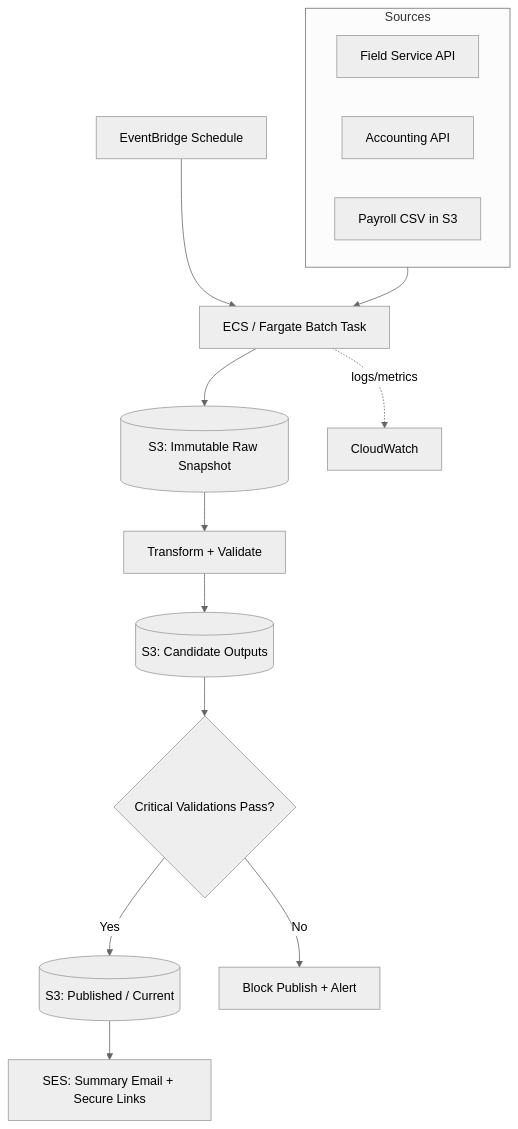
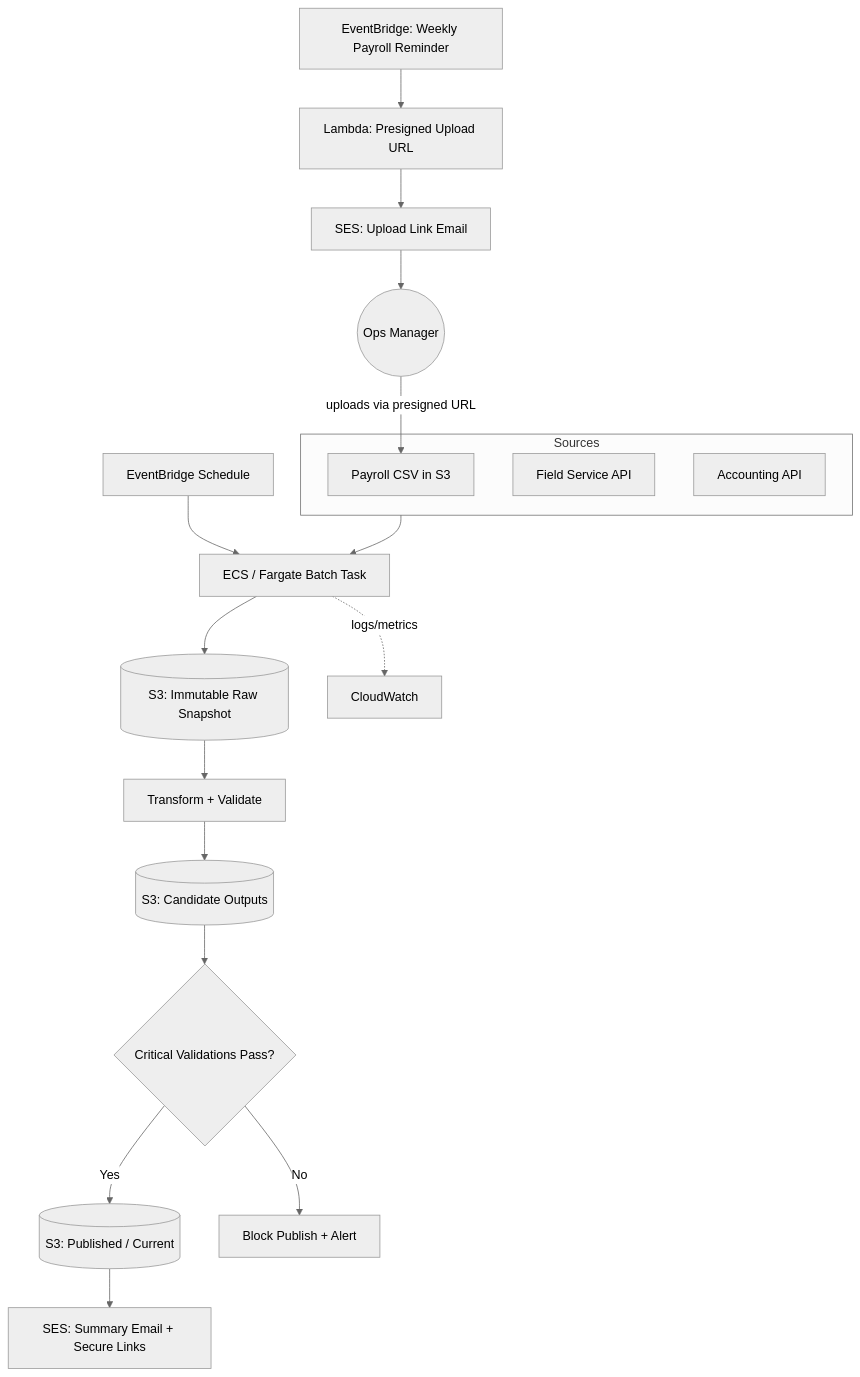
One commit to AidanFarhi/coresight-poc-file-based changed the diagram in README.md. Above: the diagram before and after it, drawn with Mermaid (neutral theme). The commit also changed 3 other files, not shown here.

First line of the commit message:
Switch payroll ingestion to presigned S3 upload URLs

````diff
--- a/README.md
+++ b/README.md
@@ -40,24 +40,29 @@
 ```mermaid
 flowchart TD
     EB[EventBridge Schedule] --> ECS[ECS / Fargate Batch Task]
+
+    EB2[EventBridge: Weekly Payroll Reminder] --> LAM[Lambda: Presigned Upload URL]
+    LAM --> SESUP[SES: Upload Link Email]
+    SESUP --> OPS((Ops Manager))
+    OPS -- uploads via presigned URL --> SRC3
 
     subgraph Sources
         SRC1[Field Service API]
         SRC2[Accounting API]
         SRC3[Payroll CSV in S3]
     end
 
     Sources --> ECS
 
     ECS --> RAW[(S3: Immutable Raw Snapshot)]
     RAW --> XFORM[Transform + Validate]
     XFORM --> CAND[(S3: Candidate Outputs)]
     CAND --> GATE{Critical Validations Pass?}
 
     GATE -- Yes --> PUB[(S3: Published / Current)]
     GATE -- No --> ALERT[Block Publish + Alert]
 
     PUB --> EMAIL[SES: Summary Email + Secure Links]
 
     ECS -.logs/metrics.-> CW[CloudWatch]
 ```
````
